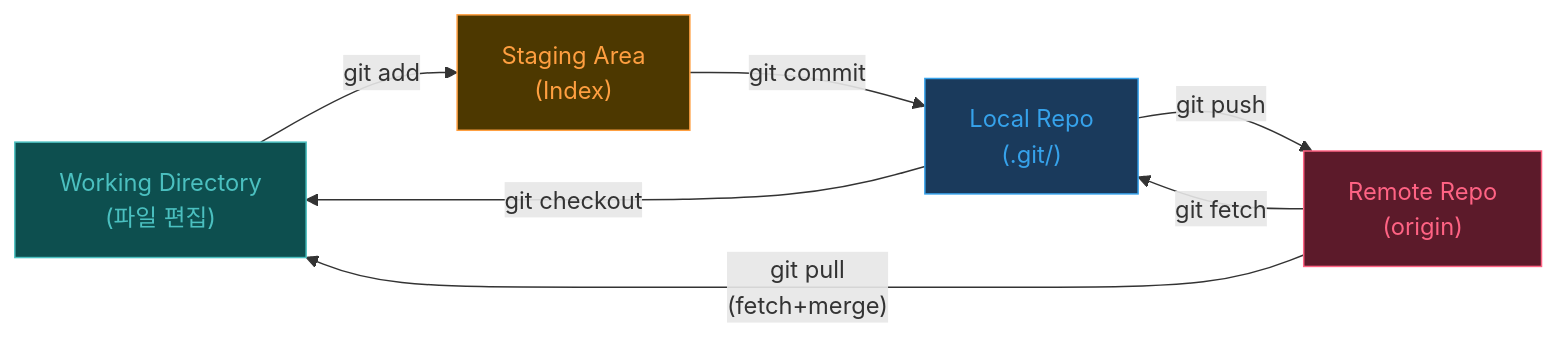
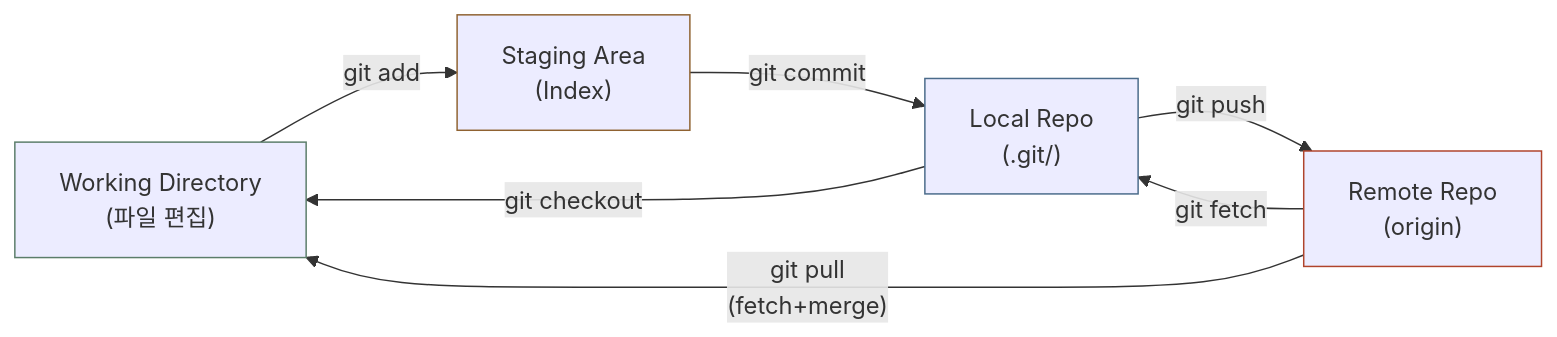
One commit to chkimsu/adtech-blog changed the first of 13 diagrams in posts/git-practical-guide.md. Above: the diagram before and after it, drawn with Mermaid. The commit also changed other lines of this file and 40 other files, not shown here.

````diff
--- a/posts/git-practical-guide.md
+++ b/posts/git-practical-guide.md
@@ -59,14 +59,14 @@
 ```mermaid
 graph LR
     WD["Working Directory<br/>(파일 편집)"] -->|"git add"| SA["Staging Area<br/>(Index)"]
     SA -->|"git commit"| LR["Local Repo<br/>(.git/)"]
     LR -->|"git push"| RR["Remote Repo<br/>(origin)"]
     RR -->|"git fetch"| LR
     RR -->|"git pull<br/>(fetch+merge)"| WD
     LR -->|"git checkout"| WD
 
-    style WD fill:#0d4f4f,stroke:#4bc0c0,color:#4bc0c0
-    style SA fill:#4d3800,stroke:#ff9f40,color:#ff9f40
-    style LR fill:#1a3a5c,stroke:#36a2eb,color:#36a2eb
-    style RR fill:#5c1a2a,stroke:#ff6384,color:#ff6384
+    style WD stroke:#5b7d6a
+    style SA stroke:#8f6231
+    style LR stroke:#4a6b8a
+    style RR stroke:#b0442c
 ```
````
